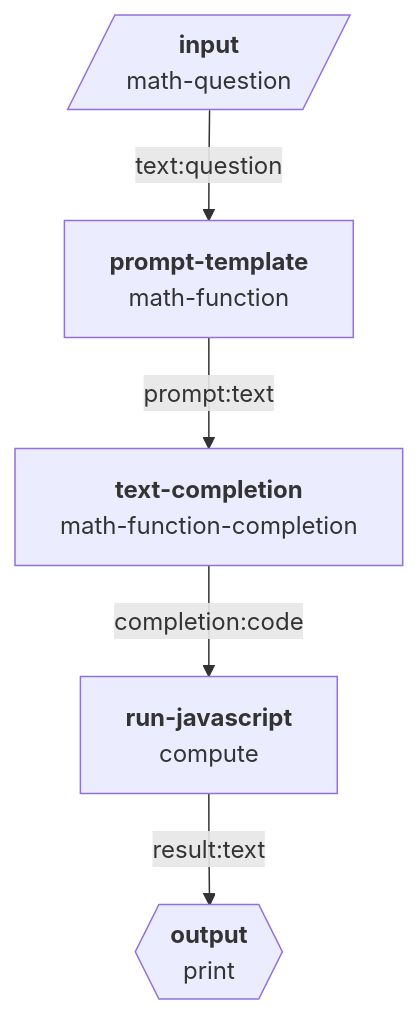
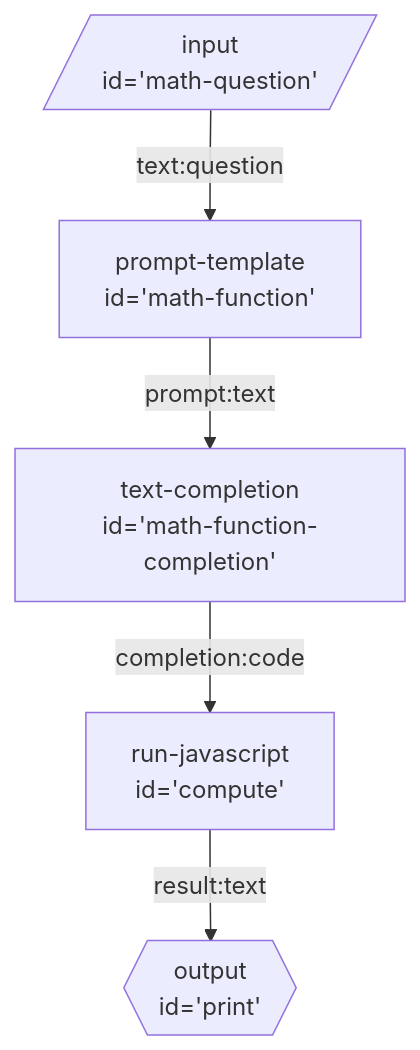
Before and after one commit to breadboard-ai/breadboard: the diagram in seeds/graph-playground/docs/graphs/math.md, drawn with Mermaid. The commit also changed 11 other files, not shown here.

First line of the commit message:
[graph-playground] A bit more style tweaking.

````diff
--- a/seeds/graph-playground/docs/graphs/math.md
+++ b/seeds/graph-playground/docs/graphs/math.md
@@ -4,15 +4,15 @@
 ```mermaid
 graph TD;
-math-question[/"`**input**
-math-question`"/]:::input -- text:question --> math-function["`**prompt-template**
-math-function`"]
-math-function["`**prompt-template**
-math-function`"] -- prompt:text --> math-function-completion["`**text-completion**
-math-function-completion`"]
-math-function-completion["`**text-completion**
-math-function-completion`"] -- completion:code --> compute["`**run-javascript**
-compute`"]
-compute["`**run-javascript**
-compute`"] -- result:text --> print{{"`**output**
-print`"}}:::output
+math-question[/"input
+id='math-question'"/]:::input -- text:question --> math-function["prompt-template
+id='math-function'"]
+math-function["prompt-template
+id='math-function'"] -- prompt:text --> math-function-completion["text-completion
+id='math-function-completion'"]
+math-function-completion["text-completion
+id='math-function-completion'"] -- completion:code --> compute["run-javascript
+id='compute'"]
+compute["run-javascript
+id='compute'"] -- result:text --> print{{"output
+id='print'"}}:::output
 ```
````
